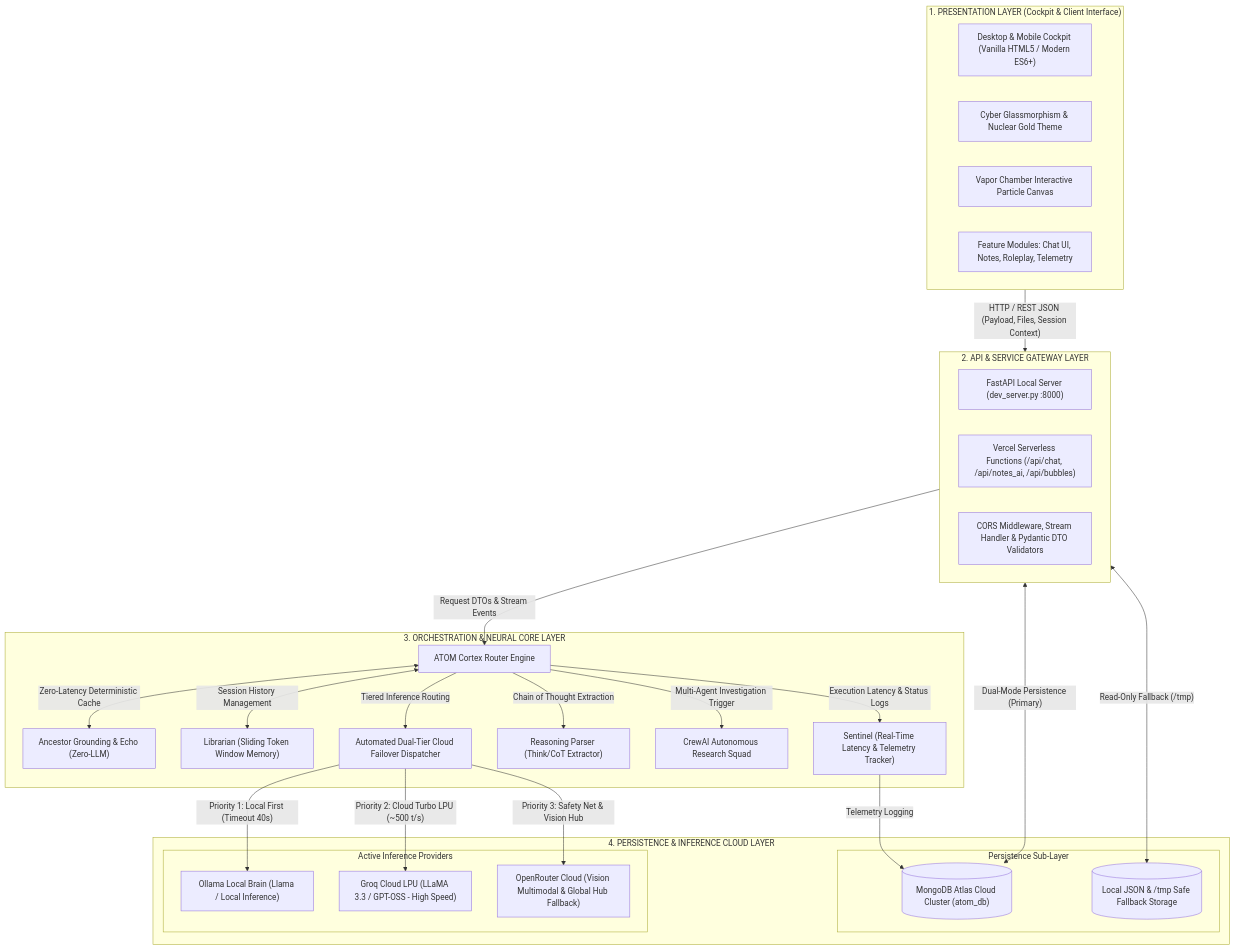
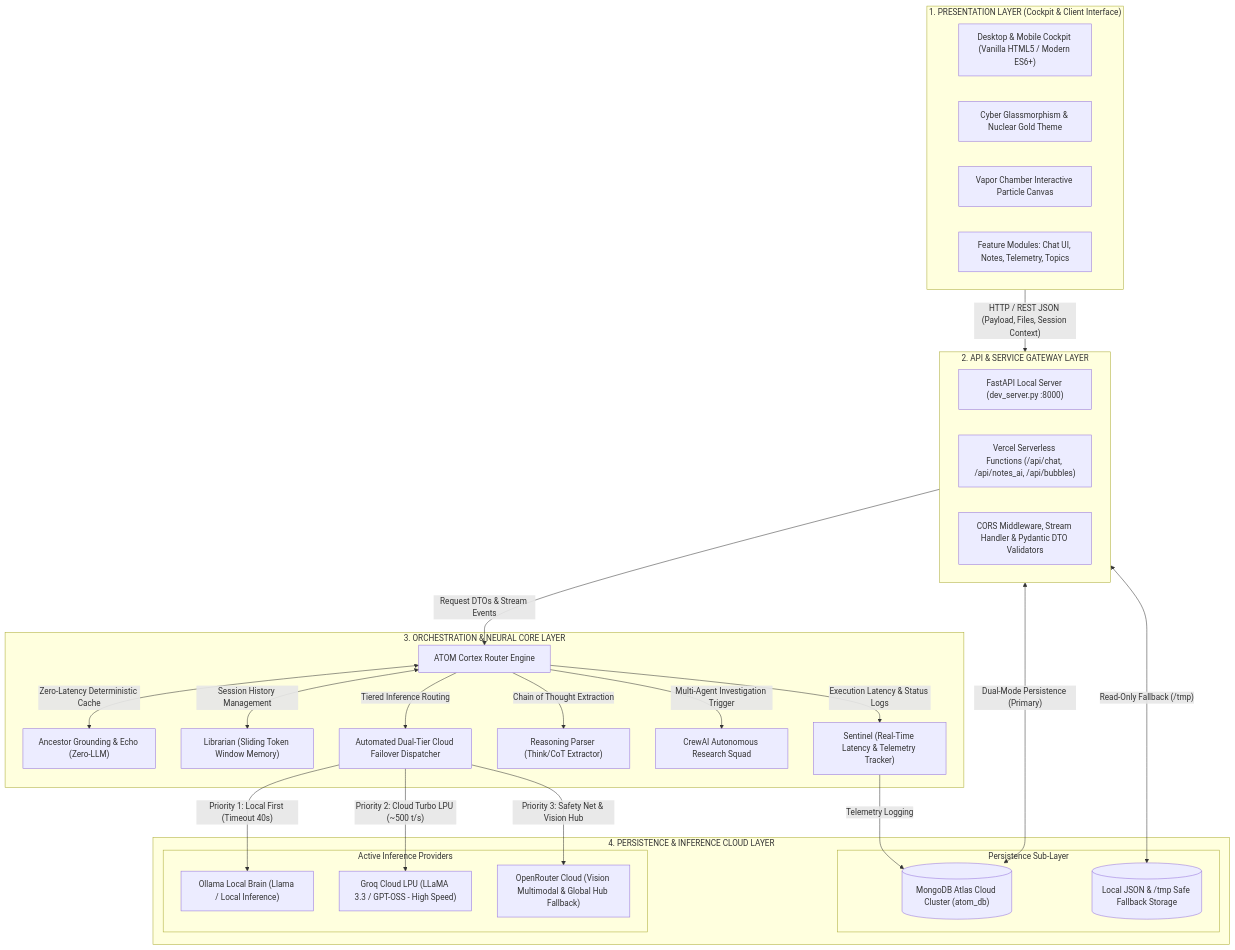
Before and after one commit to CidKagenomi1/Project-ATOM: the first of 3 diagrams in report.md, drawn with Mermaid. The commit also changed other lines of this file and 36 other files, not shown here.

````diff
--- a/report.md
+++ b/report.md
@@ -27,55 +27,55 @@
 ```mermaid
 graph TD
     subgraph L1["1. PRESENTATION LAYER (Cockpit & Client Interface)"]
         UI1["Desktop & Mobile Cockpit (Vanilla HTML5 / Modern ES6+)"]
         UI2["Cyber Glassmorphism & Nuclear Gold Theme"]
         UI3["Vapor Chamber Interactive Particle Canvas"]
-        UI4["Feature Modules: Chat UI, Notes, Roleplay, Telemetry"]
+        UI4["Feature Modules: Chat UI, Notes, Telemetry, Topics"]
     end
 
     subgraph L2["2. API & SERVICE GATEWAY LAYER"]
         GW1["FastAPI Local Server (dev_server.py :8000)"]
         GW2["Vercel Serverless Functions (/api/chat, /api/notes_ai, /api/bubbles)"]
         GW3["CORS Middleware, Stream Handler & Pydantic DTO Validators"]
     end
 
     subgraph L3["3. ORCHESTRATION & NEURAL CORE LAYER"]
         CORTEX["ATOM Cortex Router Engine"]
         ANCESTOR["Ancestor Grounding & Echo (Zero-LLM)"]
         LIBRARIAN["Librarian (Sliding Token Window Memory)"]
         SENTINEL["Sentinel (Real-Time Latency & Telemetry Tracker)"]
         REASON["Reasoning Parser (Think/CoT Extractor)"]
         CREW["CrewAI Autonomous Research Squad"]
         FALLBACK["Automated Dual-Tier Cloud Failover Dispatcher"]
     end
 
     subgraph L4["4. PERSISTENCE & INFERENCE CLOUD LAYER"]
         subgraph DB["Persistence Sub-Layer"]
             MONGO[("MongoDB Atlas Cloud Cluster (atom_db)")]
             LOCAL_STORE[("Local JSON & /tmp Safe Fallback Storage")]
         end
         subgraph INF["Active Inference Providers"]
             OLLAMA["Ollama Local Brain (Llama / Local Inference)"]
             GROQ["Groq Cloud LPU (LLaMA 3.3 / GPT-OSS - High Speed)"]
             OPENROUTER["OpenRouter Cloud (Vision Multimodal & Global Hub Fallback)"]
         end
     end
 
     %% Connections
     L1 -->|"HTTP / REST JSON (Payload, Files, Session Context)"| L2
     L2 -->|"Request DTOs & Stream Events"| CORTEX
     CORTEX <-->|"Zero-Latency Deterministic Cache"| ANCESTOR
     CORTEX <-->|"Session History Management"| LIBRARIAN
     CORTEX -->|"Execution Latency & Status Logs"| SENTINEL
     CORTEX -->|"Multi-Agent Investigation Trigger"| CREW
     CORTEX -->|"Chain of Thought Extraction"| REASON
     CORTEX -->|"Tiered Inference Routing"| FALLBACK
 
     FALLBACK -->|"Priority 1: Local First (Timeout 40s)"| OLLAMA
     FALLBACK -->|"Priority 2: Cloud Turbo LPU (~500 t/s)"| GROQ
     FALLBACK -->|"Priority 3: Safety Net & Vision Hub"| OPENROUTER
 
     L2 <-->|"Dual-Mode Persistence (Primary)"| MONGO
     L2 <-->|"Read-Only Fallback (/tmp)"| LOCAL_STORE
     SENTINEL -->|"Telemetry Logging"| MONGO
 ```
````
